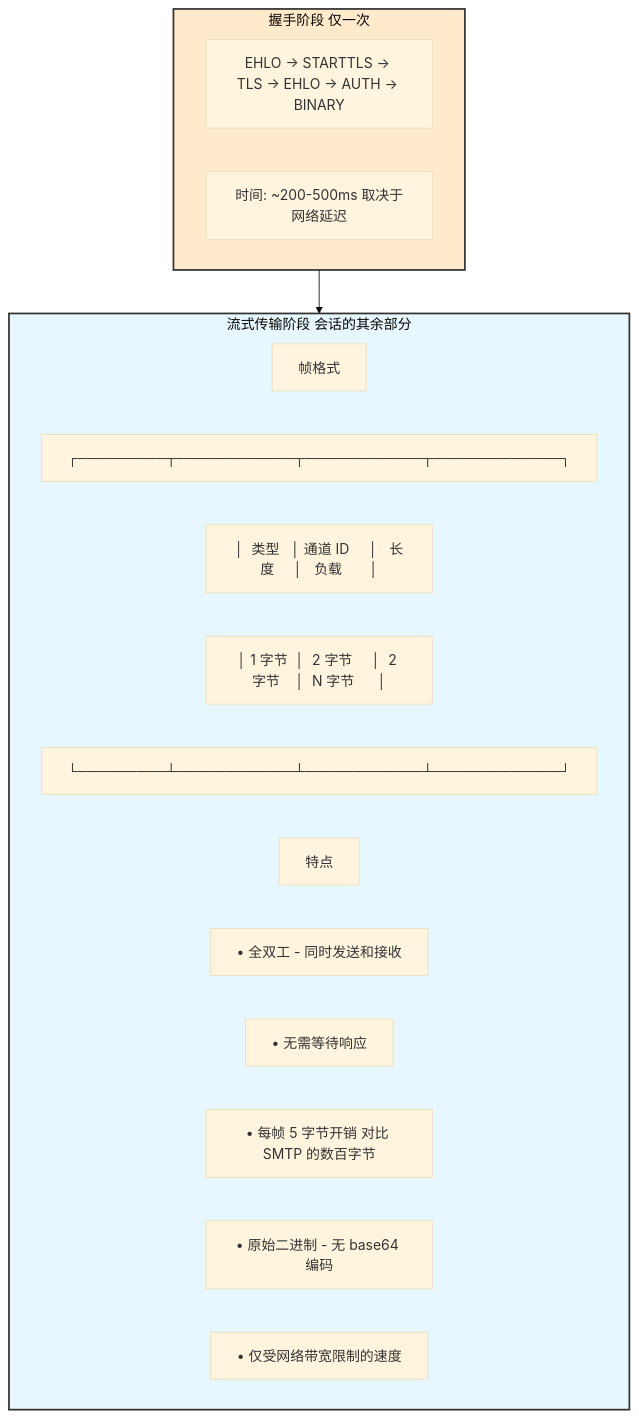
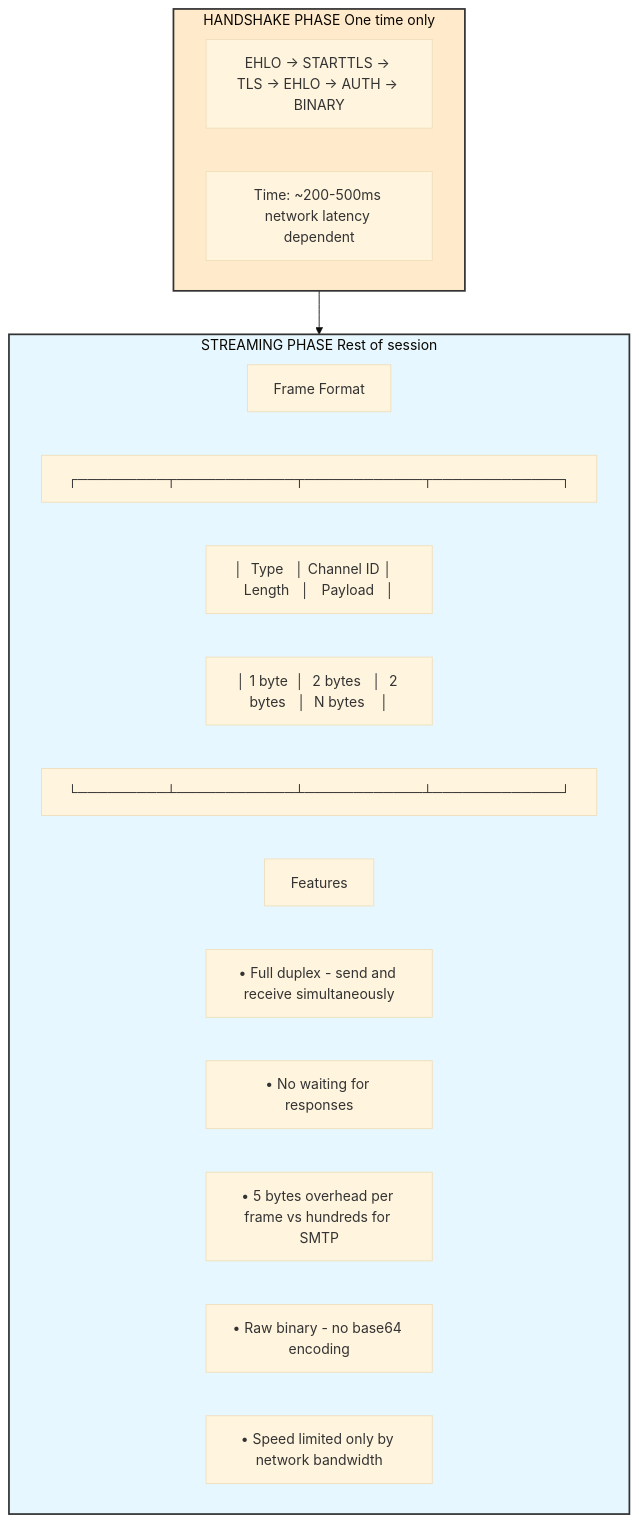
The fourth of 12 diagrams in TECHNICAL.md (purpose168/smtp-tunnel-proxy), drawn with Mermaid (base theme) before and after one commit.

Commit message:
docs: 将技术文档中的图表说明翻译为英文

````diff
--- a/TECHNICAL.md
+++ b/TECHNICAL.md
@@ -160,26 +160,26 @@
 ```mermaid
 graph TD
-    subgraph Handshake["握手阶段 仅一次"]
+    subgraph Handshake["HANDSHAKE PHASE One time only"]
         A[EHLO → STARTTLS → TLS → EHLO → AUTH → BINARY]
-        B["时间: ~200-500ms 取决于网络延迟"]
+        B["Time: ~200-500ms network latency dependent"]
     end
 
-    subgraph Streaming["流式传输阶段 会话的其余部分"]
-        C[帧格式]
+    subgraph Streaming["STREAMING PHASE Rest of session"]
+        C[Frame Format]
         D[┌─────────┬────────────┬────────────┬─────────────┐]
-        E[│  类型   │ 通道 ID     │   长度     │   负载       │]
-        F[│ 1 字节  │  2 字节     │  2 字节    │  N 字节      │]
+        E[│  Type   │ Channel ID │   Length   │   Payload   │]
+        F[│ 1 byte  │  2 bytes   │  2 bytes   │  N bytes    │]
         G[└─────────┴────────────┴────────────┴─────────────┘]
-        H[特点]
-        I[• 全双工 - 同时发送和接收]
-        J[• 无需等待响应]
-        K["• 每帧 5 字节开销 对比 SMTP 的数百字节"]
-        L[• 原始二进制 - 无 base64 编码]
-        M[• 仅受网络带宽限制的速度]
+        H[Features]
+        I["• Full duplex - send and receive simultaneously"]
+        J["• No waiting for responses"]
+        K["• 5 bytes overhead per frame vs hundreds for SMTP"]
+        L["• Raw binary - no base64 encoding"]
+        M["• Speed limited only by network bandwidth"]
     end
 
     Handshake --> Streaming
 
     style Handshake fill:#ffebcc,stroke:#333,stroke-width:2px
     style Streaming fill:#e6f7ff,stroke:#333,stroke-width:2px
 ```
````
